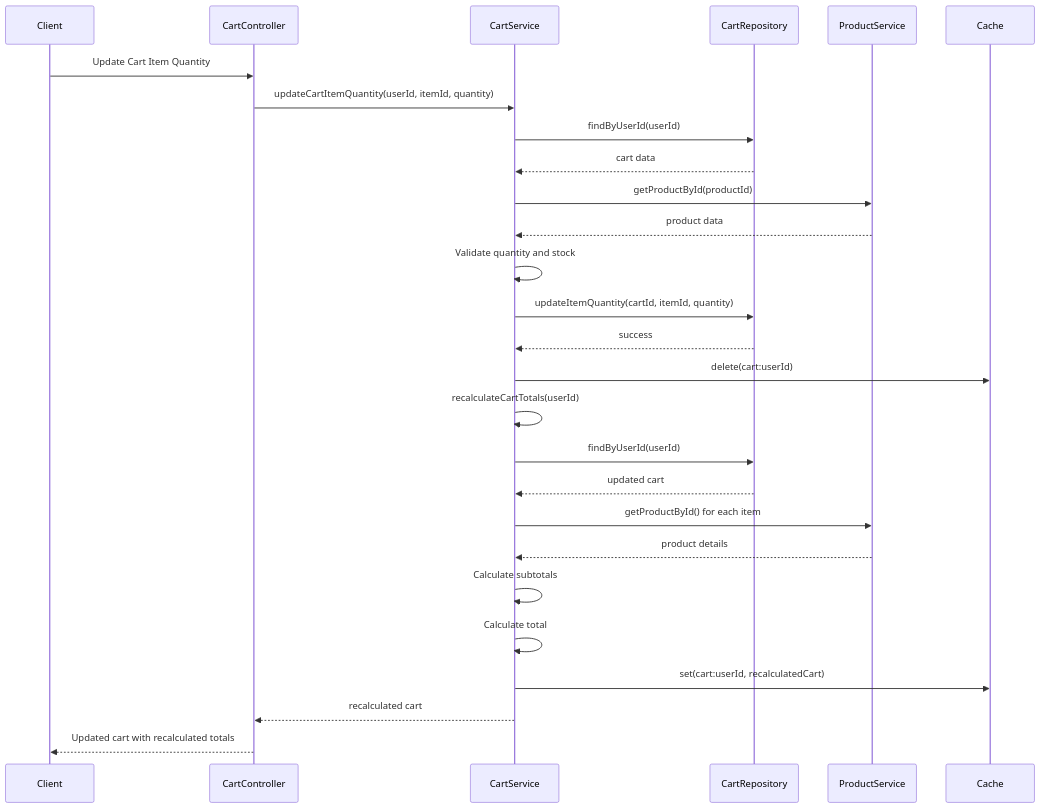
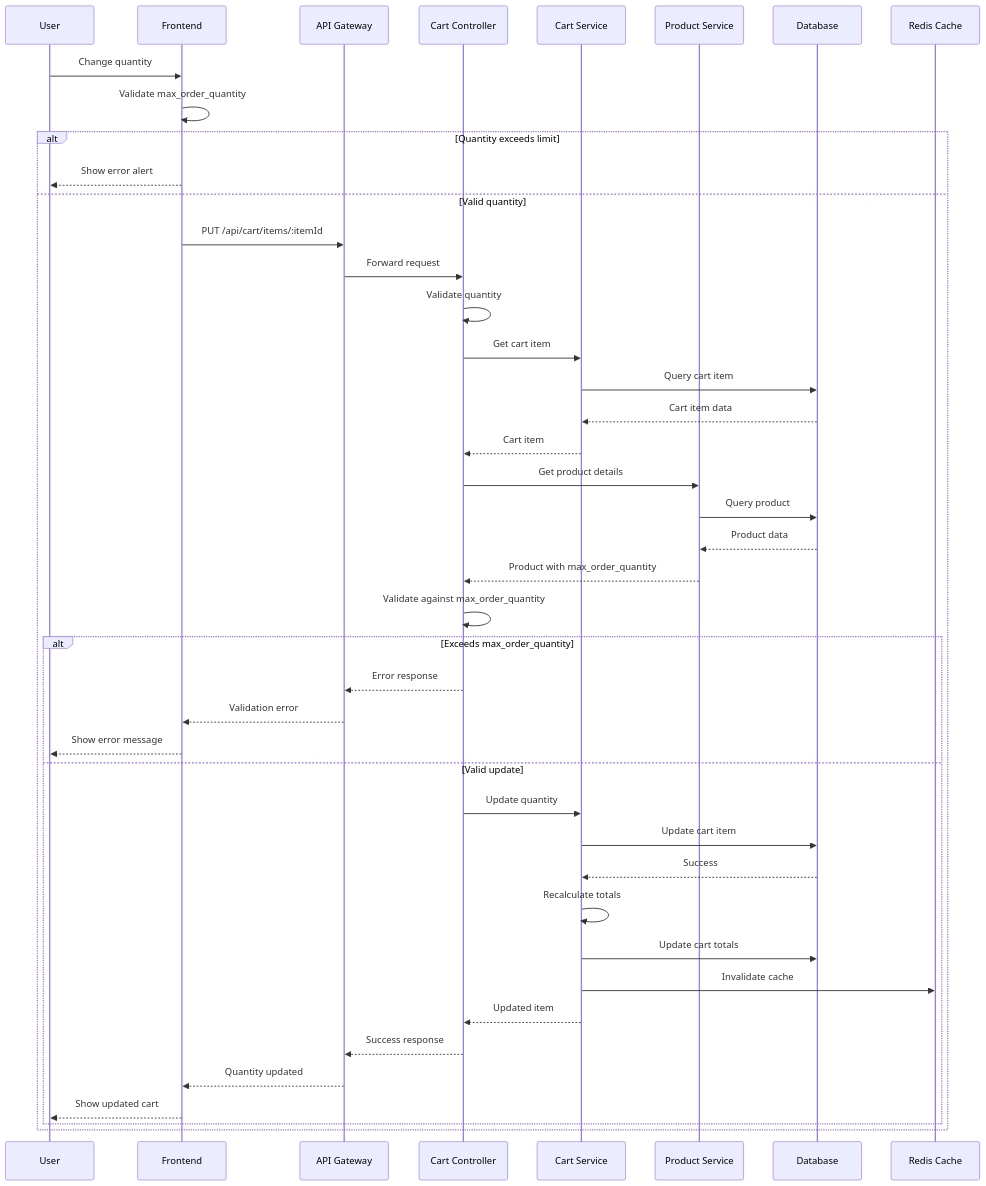
Before and after one commit to NavneetBN47/aava-ecom-demo: the fourth of 5 diagrams in docs/LLD/lld.md, drawn with Mermaid. The commit also changed other lines of this file, not shown here.

````diff
--- a/docs/LLD/lld.md
+++ b/docs/LLD/lld.md
@@ -963,30 +1354,46 @@
 ```mermaid
 sequenceDiagram
-    participant Client
-    participant CartController
-    participant CartService
-    participant CartRepository
-    participant ProductService
-    participant Cache
+    participant User
+    participant Frontend
+    participant API Gateway
+    participant Cart Controller
+    participant Cart Service
+    participant Product Service
+    participant Database
+    participant Redis Cache
     
-    Client->>CartController: Update Cart Item Quantity
-    CartController->>CartService: updateCartItemQuantity(userId, itemId, quantity)
-    CartService->>CartRepository: findByUserId(userId)
-    CartRepository-->>CartService: cart data
-    CartService->>ProductService: getProductById(productId)
-    ProductService-->>CartService: product data
-    CartService->>CartService: Validate quantity and stock
-    CartService->>CartRepository: updateItemQuantity(cartId, itemId, quantity)
-    CartRepository-->>CartService: success
-    CartService->>Cache: delete(cart:userId)
-    CartService->>CartService: recalculateCartTotals(userId)
-    CartService->>CartRepository: findByUserId(userId)
-    CartRepository-->>CartService: updated cart
-    CartService->>ProductService: getProductById() for each item
-    ProductService-->>CartService: product details
-    CartService->>CartService: Calculate subtotals
-    CartService->>CartService: Calculate total
-    CartService->>Cache: set(cart:userId, recalculatedCart)
-    CartService-->>CartController: recalculated cart
-    CartController-->>Client: Updated cart with recalculated totals
+    User->>Frontend: Change quantity
+    Frontend->>Frontend: Validate max_order_quantity
+    alt Quantity exceeds limit
+        Frontend-->>User: Show error alert
+    else Valid quantity
+        Frontend->>API Gateway: PUT /api/cart/items/:itemId
+        API Gateway->>Cart Controller: Forward request
+        Cart Controller->>Cart Controller: Validate quantity
+        Cart Controller->>Cart Service: Get cart item
+        Cart Service->>Database: Query cart item
+        Database-->>Cart Service: Cart item data
+        Cart Service-->>Cart Controller: Cart item
+        Cart Controller->>Product Service: Get product details
+        Product Service->>Database: Query product
+        Database-->>Product Service: Product data
+        Product Service-->>Cart Controller: Product with max_order_quantity
+        Cart Controller->>Cart Controller: Validate against max_order_quantity
+        alt Exceeds max_order_quantity
+            Cart Controller-->>API Gateway: Error response
+            API Gateway-->>Frontend: Validation error
+            Frontend-->>User: Show error message
+        else Valid update
+            Cart Controller->>Cart Service: Update quantity
+            Cart Service->>Database: Update cart item
+            Database-->>Cart Service: Success
+            Cart Service->>Cart Service: Recalculate totals
+            Cart Service->>Database: Update cart totals
+            Cart Service->>Redis Cache: Invalidate cache
+            Cart Service-->>Cart Controller: Updated item
+            Cart Controller-->>API Gateway: Success response
+            API Gateway-->>Frontend: Quantity updated
+            Frontend-->>User: Show updated cart
+        end
+    end
 ```
````
